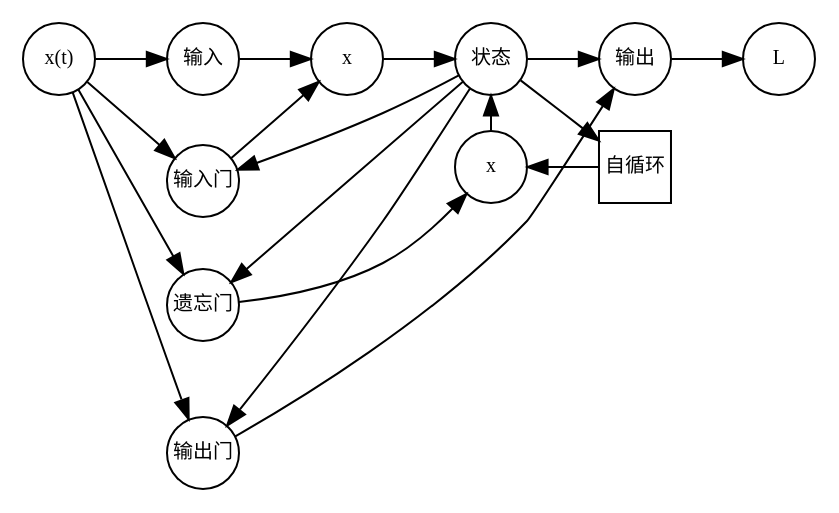
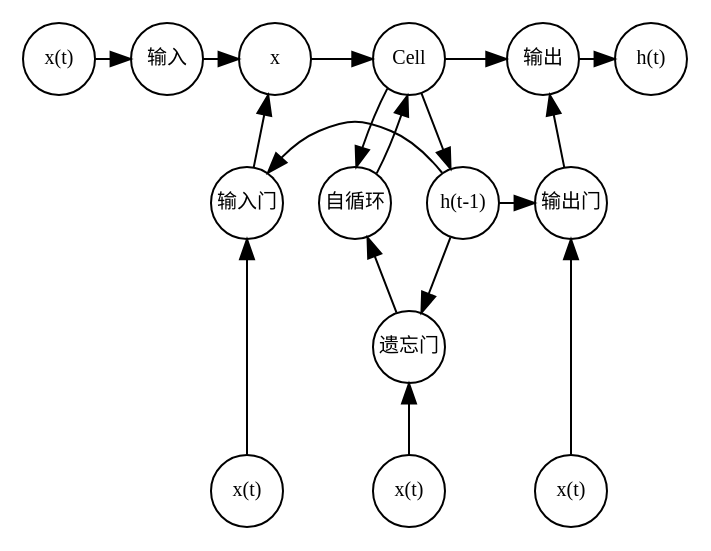
One commit to one-leaf/tensorflow changed diagram 15 of 15 in book/deeplearning/10-序列建模：循环和递归网络.md. Above: the diagram before and after it, drawn with Graphviz.

````diff
--- a/book/deeplearning/10-序列建模：循环和递归网络.md
+++ b/book/deeplearning/10-序列建模：循环和递归网络.md
@@ -755,31 +755,35 @@
         ```graphviz
         digraph rnn_iteration{
-            rankdir=LR;
+            rankdir=TB;
             node [margin=0 shape=circle width=0.5 fontsize=10]
-            
-            x0->x1->h1->h3->o
-            x0->x2->h1 [constraint=false]
-            h2->h3 [constraint=false]
-            x0->x3->h2 [constraint=false]
-            x4->o  [constraint=false]
-            x0->{x4} [constraint=false]
-            h3->{x2;x3;x4}  [constraint=false]
-            h3->h4->h2 [constraint=false]
-            o->L
-            
-            {rank=same; x1;x2;x3;x4}
-            {rank=same; h3;h2}
-            {rank=same; h4;o}
+
+            x0->a1->a2->a3->a5->a6
+            x1->g1->a2  
+            x2->g2->b->a3   
+            x3->g3->a5  
+            a3->a4
+            a3->b  [constraint=false]
+            a4->g2 
+            a4->g3 [constraint=false]
+            a4->g1 [constraint=false]
+            {rank=same; x0;a1;a2;a3;a5;a6}
+            {rank=same; g2}
+            {rank=same; b;g1;g3;a4}
+            {rank=max; x1;x2;x3}
 
             x0 [label="x(t)"]
-            x1 [label="输入"]
-            x2 [label="输入门"]
-            x3 [label="遗忘门"]
-            x4 [label="输出门"]
-            h1 [label="x"]
-            h2 [label="x"]
-            h3 [label="状态"]
-            h4 [label="自循环" shape=box]
-            o  [label="输出"]
+            x1 [label="x(t)"]
+            x2 [label="x(t)"]
+            x3 [label="x(t)"]
+            g1 [label="输入门"]
+            g2 [label="遗忘门"]
+            g3 [label="输出门"]
+            a1 [label="输入"]
+            a2 [label="x"]
+            a3 [label="Cell"]
+            a4 [label="h(t-1)"]
+            a5 [label="输出"]
+            a6 [label="h(t)"]
+            b  [label="自循环"]
         }
         ```            
````
